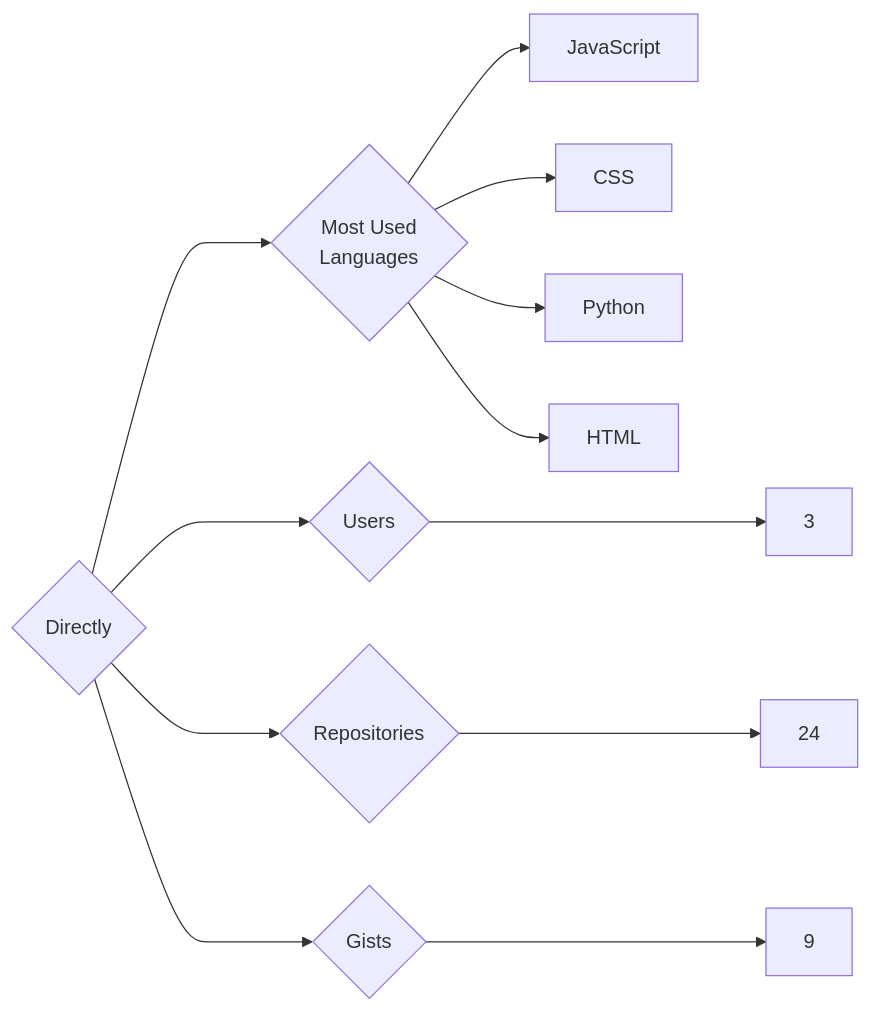
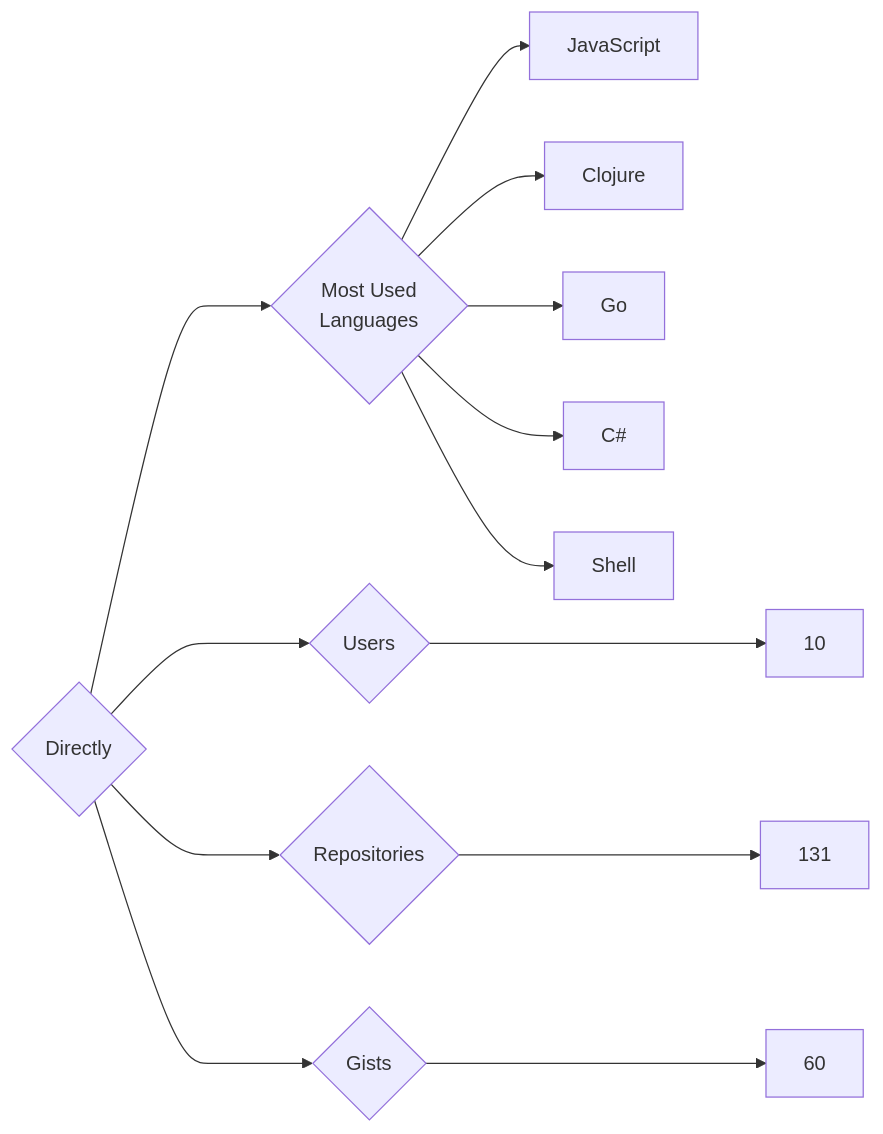
One commit to trickest/insiders changed the diagram in targets/Directly/README.md. Above: the diagram before and after it, drawn with Mermaid. The commit also changed 912 other files, not shown here.

````diff
--- a/targets/Directly/README.md
+++ b/targets/Directly/README.md
@@ -3,12 +3,13 @@
 ```mermaid
 graph LR
 COMPANY_NAME{Directly}
-COMPANY_NAME ---> U{Users} ---> UN[3]
-COMPANY_NAME ---> R{Repositories} ---> RN[24]
-COMPANY_NAME ---> G{Gists} ---> GN[9]
+COMPANY_NAME ---> U{Users} ---> UN[10]
+COMPANY_NAME ---> R{Repositories} ---> RN[131]
+COMPANY_NAME ---> G{Gists} ---> GN[60]
 COMPANY_NAME ---> ML{Most Used<br>Languages}
 ML --> JavaScript[JavaScript]
-ML --> CSS[CSS]
-ML --> Python[Python]
-ML --> HTML[HTML]
+ML --> Clojure[Clojure]
+ML --> Go[Go]
+ML --> C#[C#]
+ML --> Shell[Shell]
 ```
````
